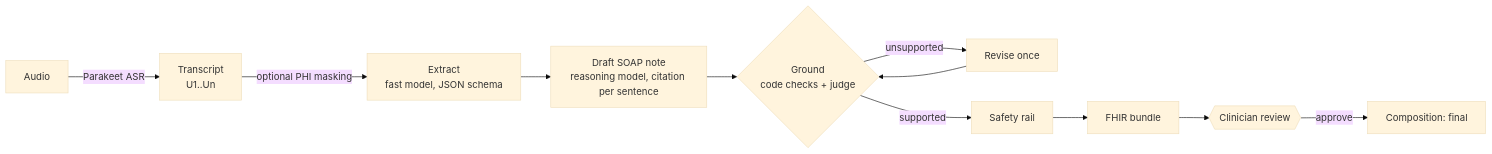
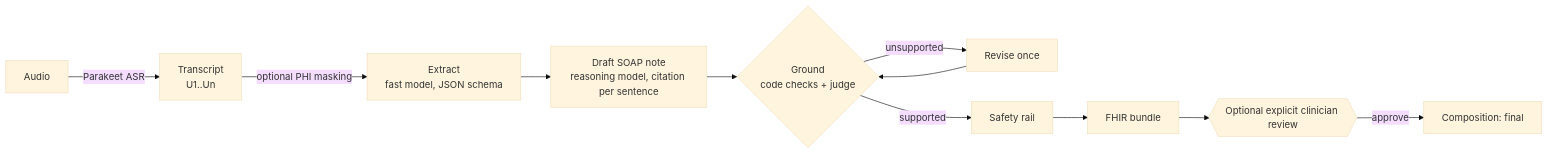
One commit to AnhDuongVo/consult-to-note changed the first of 2 diagrams in README.md. Above: the diagram before and after it, drawn with Mermaid (base theme). The commit also changed other lines of this file and 5 other files, not shown here.

````diff
--- a/README.md
+++ b/README.md
@@ -12,12 +55,12 @@
 ```mermaid
 flowchart LR
     A[Audio] -->|Parakeet ASR| T[Transcript<br/>U1..Un]
     T -->|optional PHI masking| X[Extract<br/>fast model, JSON schema]
     X --> D[Draft SOAP note<br/>reasoning model, citation per sentence]
     D --> G{Ground<br/>code checks + judge}
     G -->|unsupported| R[Revise once] --> G
     G -->|supported| S[Safety rail]
     S --> F[FHIR bundle]
-    F --> H{{Clinician review}}
+    F --> H{{Optional explicit clinician review}}
     H -->|approve| Final[Composition: final]
 ```
````
